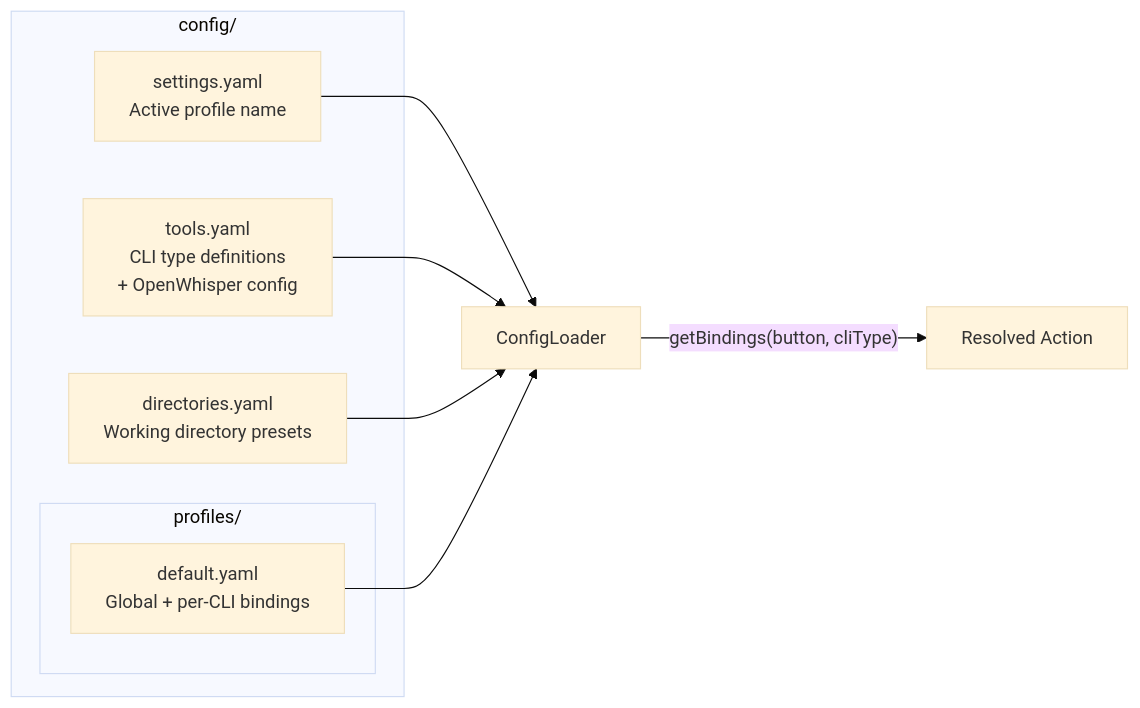
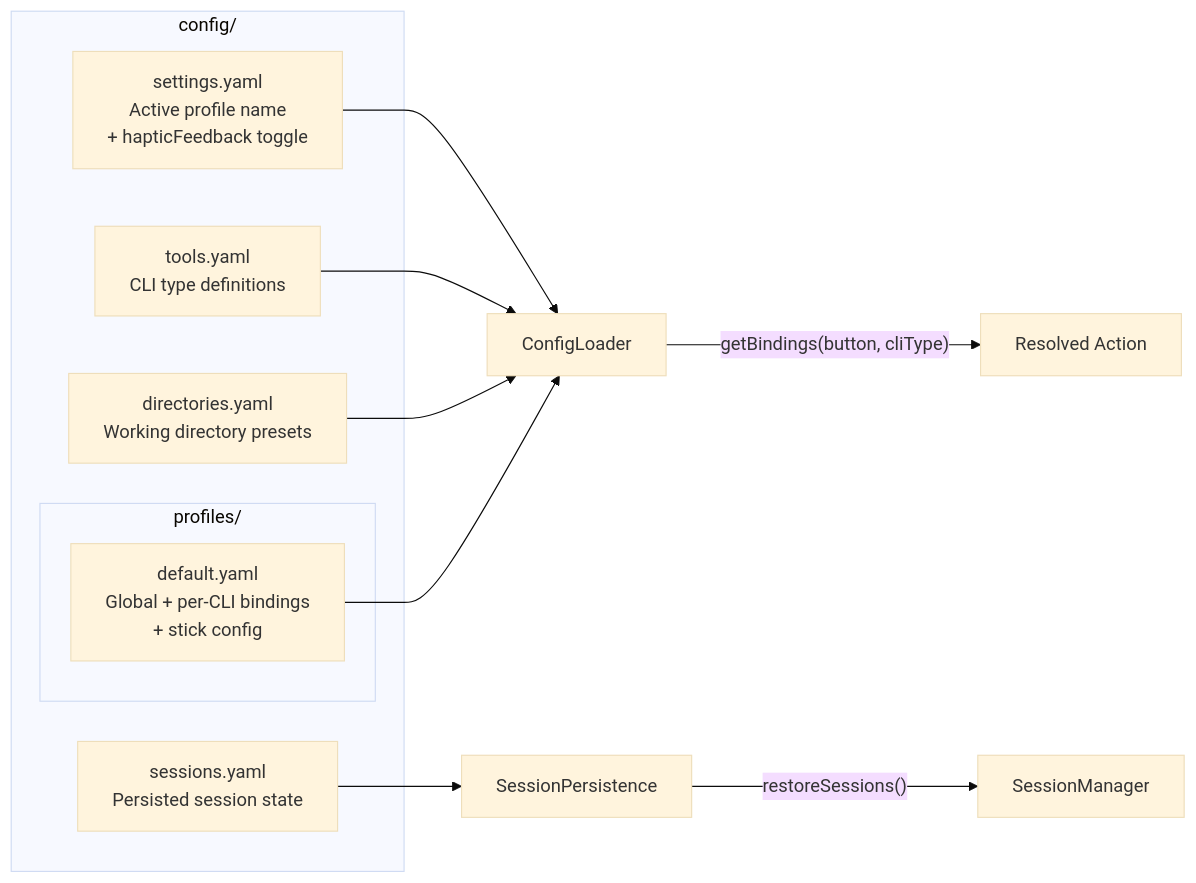
Before and after one commit to PetePeter/gamepad-cli-hub: the third of 3 diagrams in .github/copilot-instructions.md, drawn with Mermaid (base theme). The commit also changed other lines of this file and 2 other files, not shown here.

````diff
--- a/.github/copilot-instructions.md
+++ b/.github/copilot-instructions.md
@@ -122,17 +128,20 @@
 ```mermaid
 graph LR
     subgraph "config/"
-        S[settings.yaml<br/>Active profile name]
-        T[tools.yaml<br/>CLI type definitions<br/>+ OpenWhisper config]
+        S[settings.yaml<br/>Active profile name<br/>+ hapticFeedback toggle]
+        T[tools.yaml<br/>CLI type definitions]
         D[directories.yaml<br/>Working directory presets]
+        SS[sessions.yaml<br/>Persisted session state]
         subgraph "profiles/"
-            P[default.yaml<br/>Global + per-CLI bindings]
+            P[default.yaml<br/>Global + per-CLI bindings<br/>+ stick config]
         end
     end
 
     S --> CL[ConfigLoader]
     T --> CL
     D --> CL
+    SS --> SP[SessionPersistence]
     P --> CL
     CL --> |"getBindings(button, cliType)"| R[Resolved Action]
+    SP --> |"restoreSessions()"| SM[SessionManager]
 ```
````
